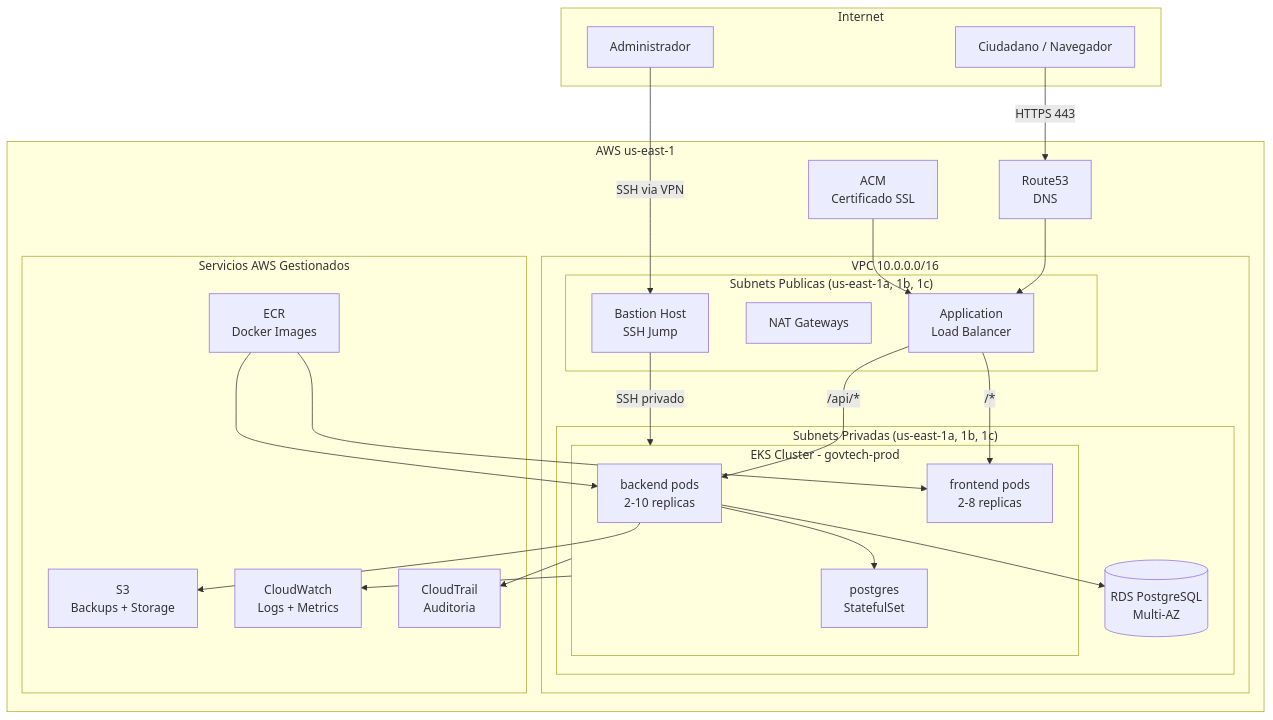
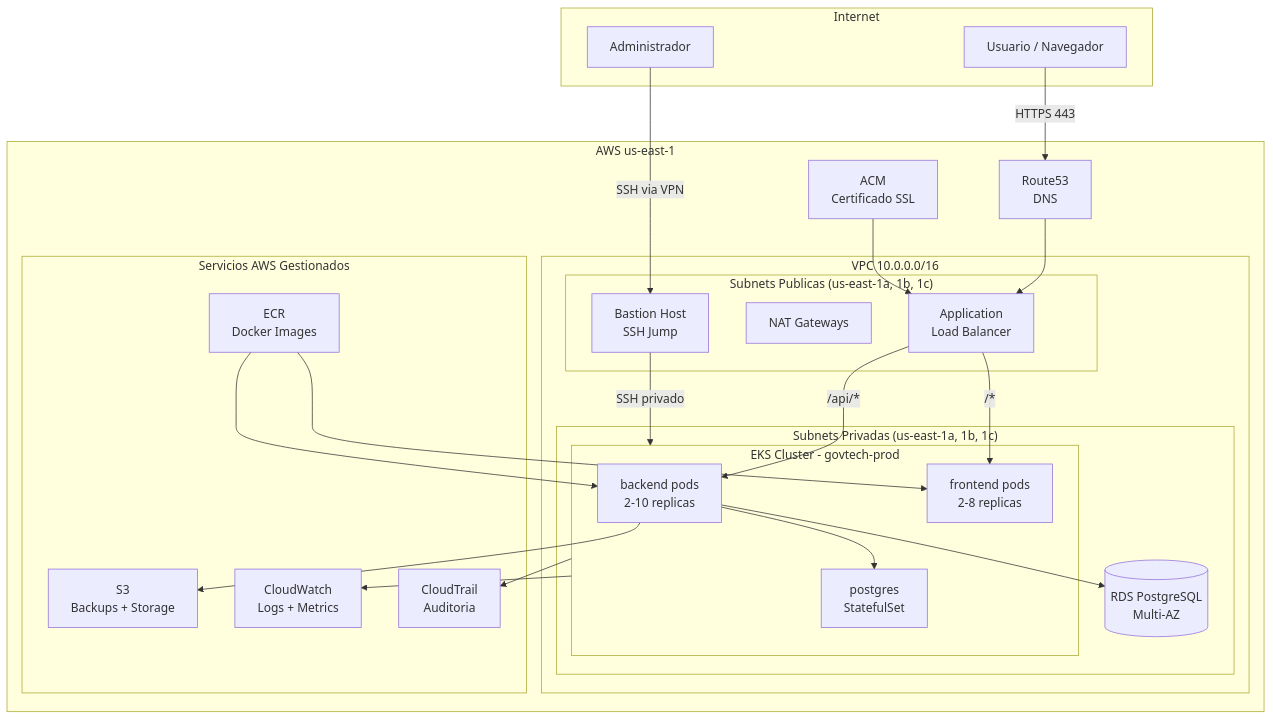
The third of 8 diagrams in skeleton/docs/architecture/ARCHITECTURE_DIAGRAMS.md (alexander-fq/multicloud), drawn with Mermaid before and after one commit. The commit also changed other lines of this file and 6 other files, not shown here.

````diff
--- a/skeleton/docs/architecture/ARCHITECTURE_DIAGRAMS.md
+++ b/skeleton/docs/architecture/ARCHITECTURE_DIAGRAMS.md
@@ -133,51 +133,51 @@
 ```mermaid
 graph TB
     subgraph Internet
-        USER[Ciudadano / Navegador]
+        USER[Usuario / Navegador]
         ADMIN[Administrador]
     end
 
     subgraph AWS["AWS us-east-1"]
         R53[Route53\nDNS]
         ACM[ACM\nCertificado SSL]
 
         subgraph VPC["VPC 10.0.0.0/16"]
             subgraph PUBLIC["Subnets Publicas (us-east-1a, 1b, 1c)"]
                 ALB[Application\nLoad Balancer]
                 NAT[NAT Gateways]
                 BASTION[Bastion Host\nSSH Jump]
             end
 
             subgraph PRIVATE["Subnets Privadas (us-east-1a, 1b, 1c)"]
                 subgraph EKS["EKS Cluster - govtech-prod"]
                     BACKEND[backend pods\n2-10 replicas]
                     FRONTEND[frontend pods\n2-8 replicas]
                     POSTGRES[postgres\nStatefulSet]
                 end
                 RDS[(RDS PostgreSQL\nMulti-AZ)]
             end
         end
 
         subgraph SERVICES["Servicios AWS Gestionados"]
             ECR[ECR\nDocker Images]
             S3[S3\nBackups + Storage]
             CW[CloudWatch\nLogs + Metrics]
             CT[CloudTrail\nAuditoria]
         end
     end
 
     USER -->|HTTPS 443| R53
     R53 --> ALB
     ACM --> ALB
     ALB -->|/api/*| BACKEND
     ALB -->|/*| FRONTEND
     BACKEND --> POSTGRES
     BACKEND --> RDS
     BACKEND --> S3
     ADMIN -->|SSH via VPN| BASTION
     BASTION -->|SSH privado| EKS
     EKS --> CW
     EKS --> CT
     ECR --> BACKEND
     ECR --> FRONTEND
 ```
````
